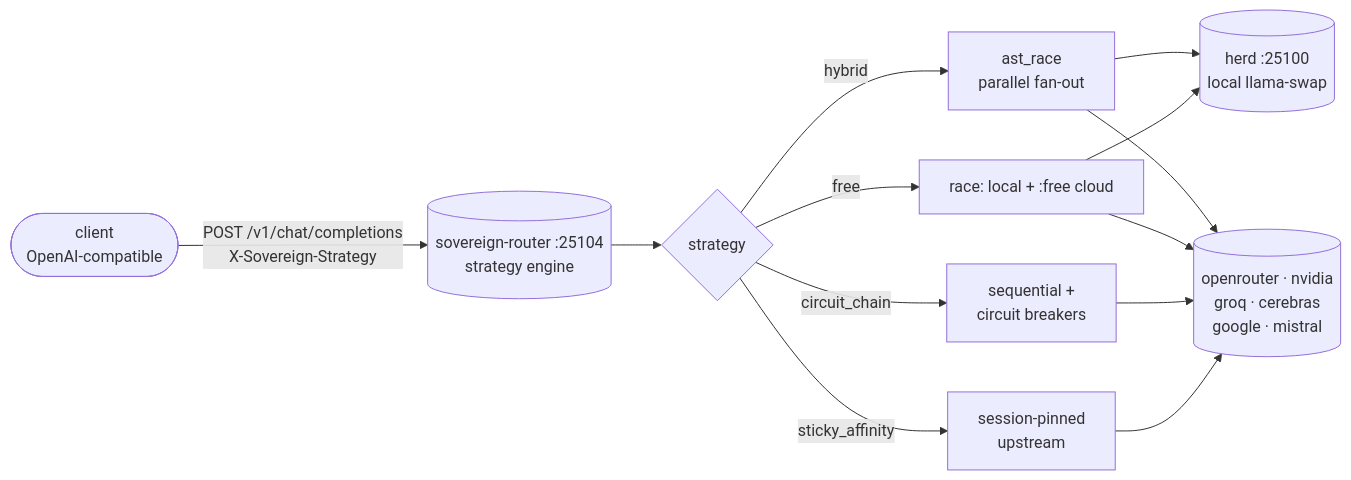
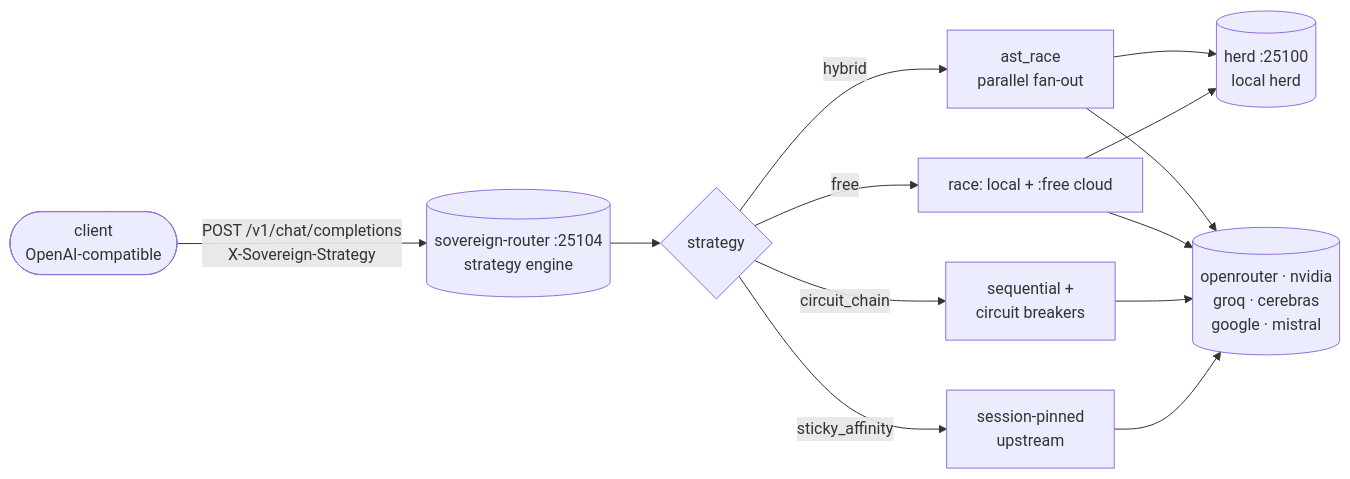
Before and after one commit to toxicwind/ranch: the diagram in mesh/mesh/router/README.md, drawn with Mermaid. The commit also changed other lines of this file and 6569 other files, not shown here.

````diff
--- a/mesh/mesh/router/README.md
+++ b/mesh/mesh/router/README.md
@@ -16,15 +16,15 @@
 ```mermaid
 flowchart LR
     client([client<br/>OpenAI-compatible]) -->|"POST /v1/chat/completions<br/>X-Sovereign-Strategy"| r[("sovereign-router :25104<br/>strategy engine")]
     r --> strat{"strategy"}
     strat -->|hybrid| race["ast_race<br/>parallel fan-out"]
     strat -->|free| freepool["race: local + :free cloud"]
     strat -->|circuit_chain| seq["sequential +<br/>circuit breakers"]
     strat -->|sticky_affinity| pin["session-pinned<br/>upstream"]
-    race --> herd[("herd :25100<br/>local llama-swap")]
+    race --> herd[("herd :25100<br/>local herd")]
     race --> cloud[(openrouter · nvidia<br/>groq · cerebras<br/>google · mistral)]
     freepool --> herd
     freepool --> cloud
     seq --> cloud
     pin --> cloud
 ```
````
